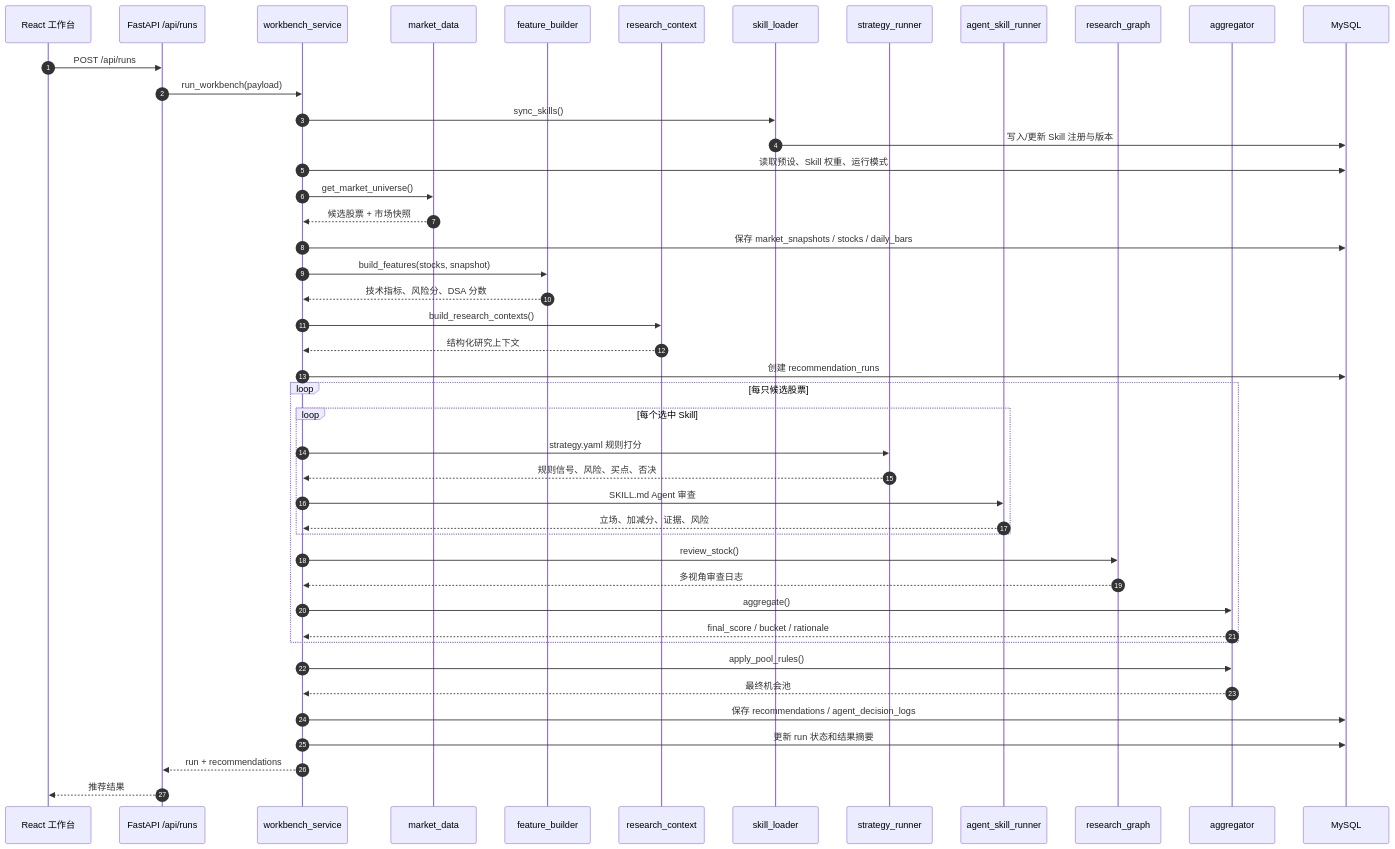
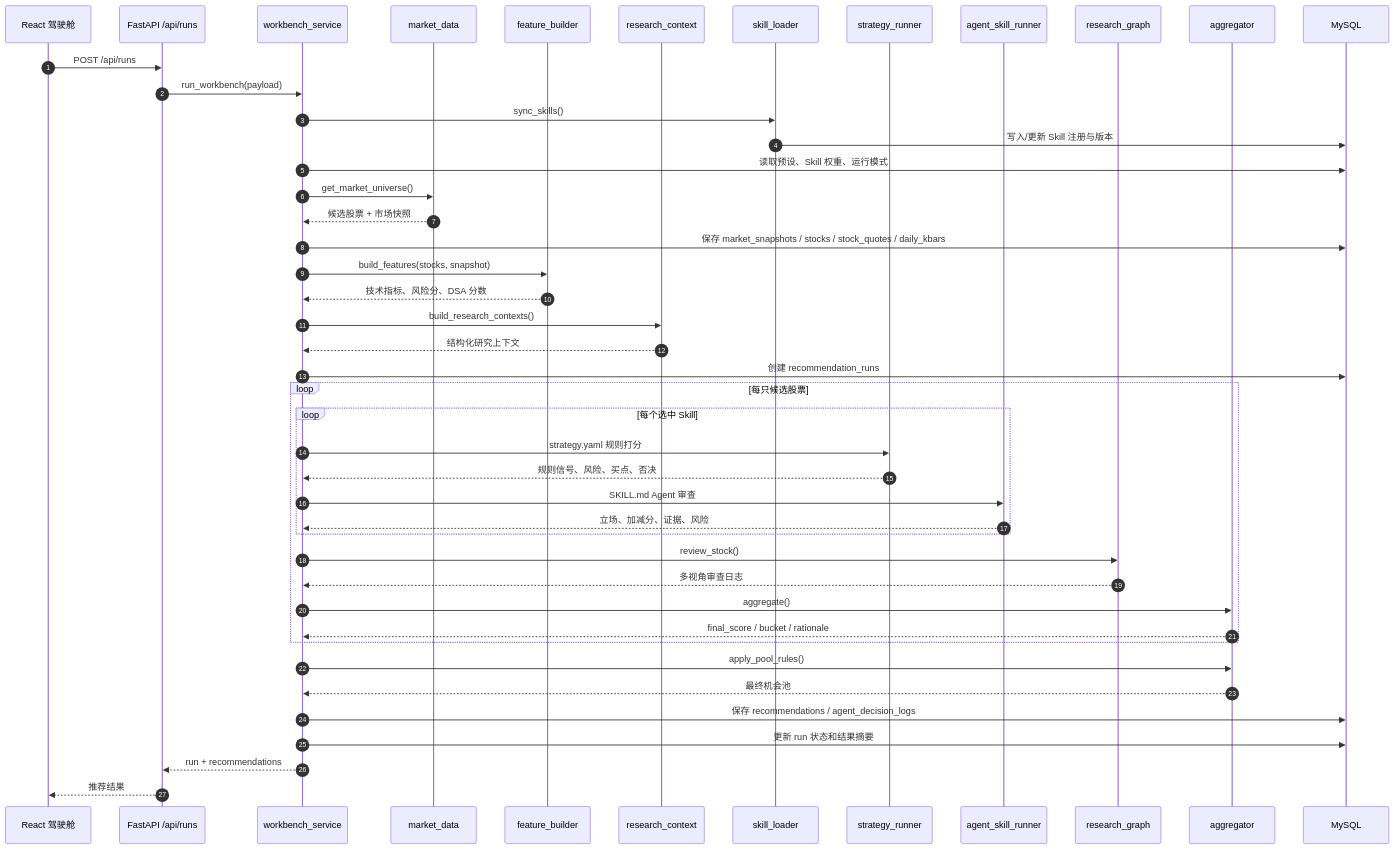
Before and after one commit to Admin-AAA/ashare-shortline-system: the second of 5 diagrams in docs/architecture.md, drawn with Mermaid. The commit also changed other lines of this file and 2 other files, not shown here.

Commit message:
docs: align cockpit architecture and data pool terms

````diff
--- a/docs/architecture.md
+++ b/docs/architecture.md
@@ -86,50 +91,50 @@
 ```mermaid
 sequenceDiagram
   autonumber
-  participant UI as React 工作台
+  participant UI as React 驾驶舱
   participant API as FastAPI /api/runs
   participant WB as workbench_service
   participant MD as market_data
   participant FB as feature_builder
   participant RC as research_context
   participant SL as skill_loader
   participant SR as strategy_runner
   participant AR as agent_skill_runner
   participant RG as research_graph
   participant AG as aggregator
   participant DB as MySQL
 
   UI->>API: POST /api/runs
   API->>WB: run_workbench(payload)
   WB->>SL: sync_skills()
   SL->>DB: 写入/更新 Skill 注册与版本
   WB->>DB: 读取预设、Skill 权重、运行模式
   WB->>MD: get_market_universe()
   MD-->>WB: 候选股票 + 市场快照
-  WB->>DB: 保存 market_snapshots / stocks / daily_bars
+  WB->>DB: 保存 market_snapshots / stocks / stock_quotes / daily_kbars
   WB->>FB: build_features(stocks, snapshot)
   FB-->>WB: 技术指标、风险分、DSA 分数
   WB->>RC: build_research_contexts()
   RC-->>WB: 结构化研究上下文
   WB->>DB: 创建 recommendation_runs
 
   loop 每只候选股票
     loop 每个选中 Skill
       WB->>SR: strategy.yaml 规则打分
       SR-->>WB: 规则信号、风险、买点、否决
       WB->>AR: SKILL.md Agent 审查
       AR-->>WB: 立场、加减分、证据、风险
     end
     WB->>RG: review_stock()
     RG-->>WB: 多视角审查日志
     WB->>AG: aggregate()
     AG-->>WB: final_score / bucket / rationale
   end
 
   WB->>AG: apply_pool_rules()
   AG-->>WB: 最终机会池
   WB->>DB: 保存 recommendations / agent_decision_logs
   WB->>DB: 更新 run 状态和结果摘要
   WB-->>API: run + recommendations
   API-->>UI: 推荐结果
 ```
````
